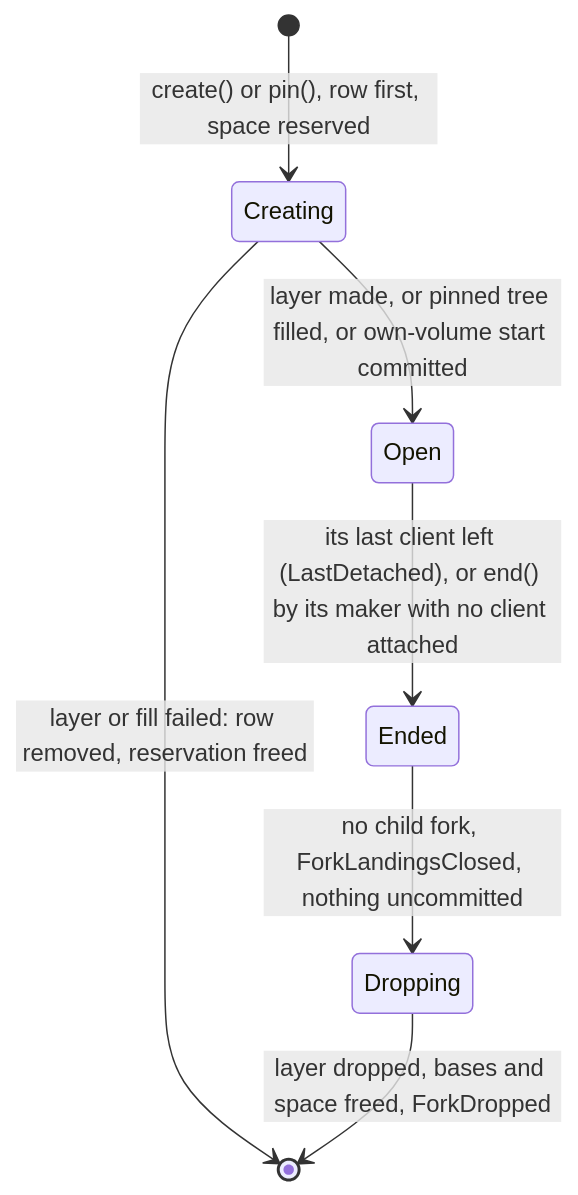
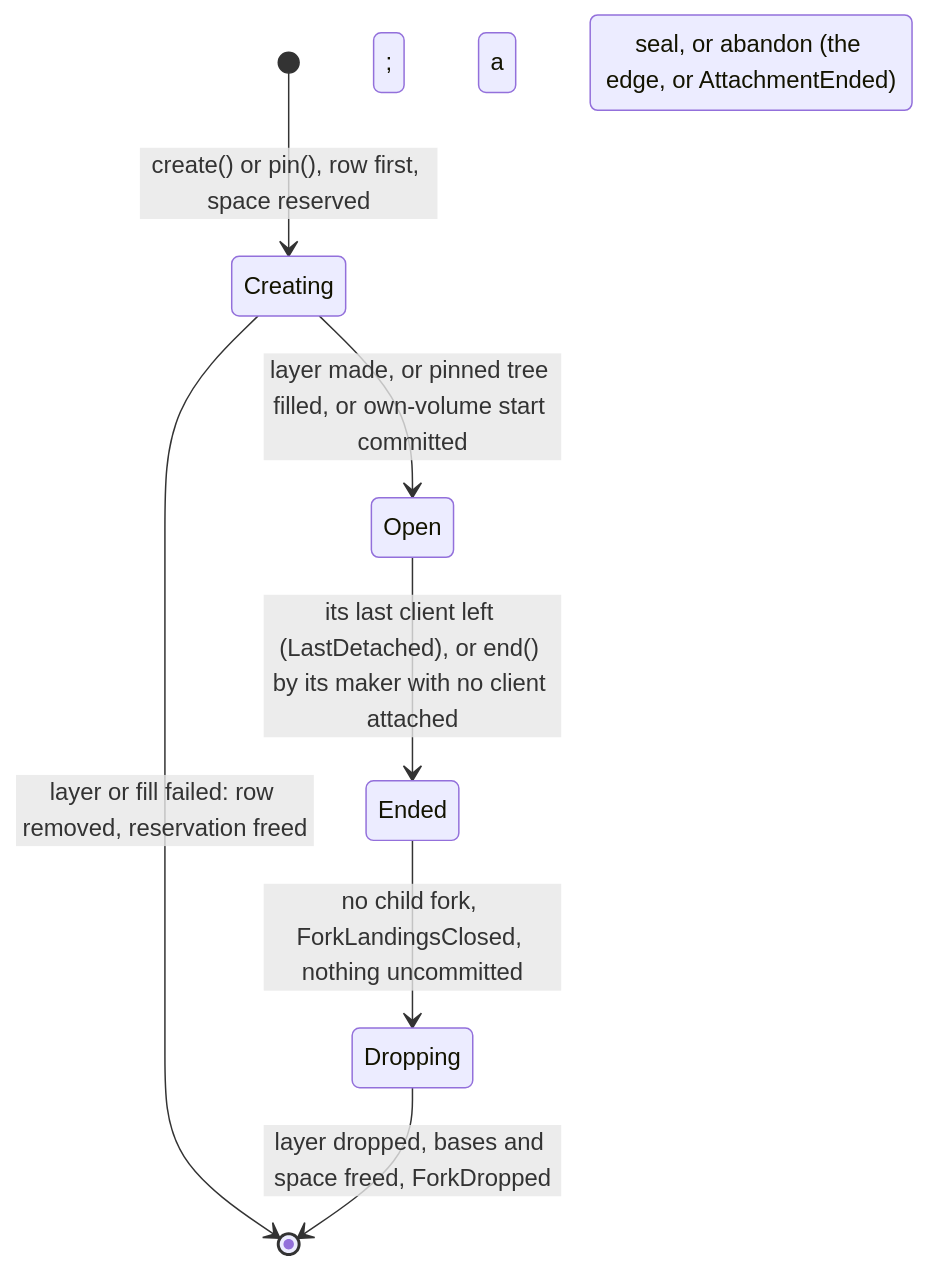
One commit to mcurcio/agentfs changed the first of 4 diagrams in docs/target-architecture/domains/forks.md. Above: the diagram before and after it, drawn with Mermaid. The commit also changed other lines of this file and 12 other files, not shown here.

````diff
--- a/docs/target-architecture/domains/forks.md
+++ b/docs/target-architecture/domains/forks.md
@@ -109,9 +116,9 @@
 ```mermaid
 stateDiagram-v2
   [*] --> Creating: create() or pin(), row first, space reserved
   Creating --> Open: layer made, or pinned tree filled, or own-volume start committed
   Creating --> [*]: layer or fill failed: row removed, reservation freed
-  Open --> Ended: its last client left (LastDetached), or end() by its maker with no client attached
+  Open --> Ended: its last client left (LastDetached), or end() by its maker with no client attached; a transaction: seal, or abandon (the edge, or AttachmentEnded)
   Ended --> Dropping: no child fork, ForkLandingsClosed, nothing uncommitted
   Dropping --> [*]: layer dropped, bases and space freed, ForkDropped
 ```
````
